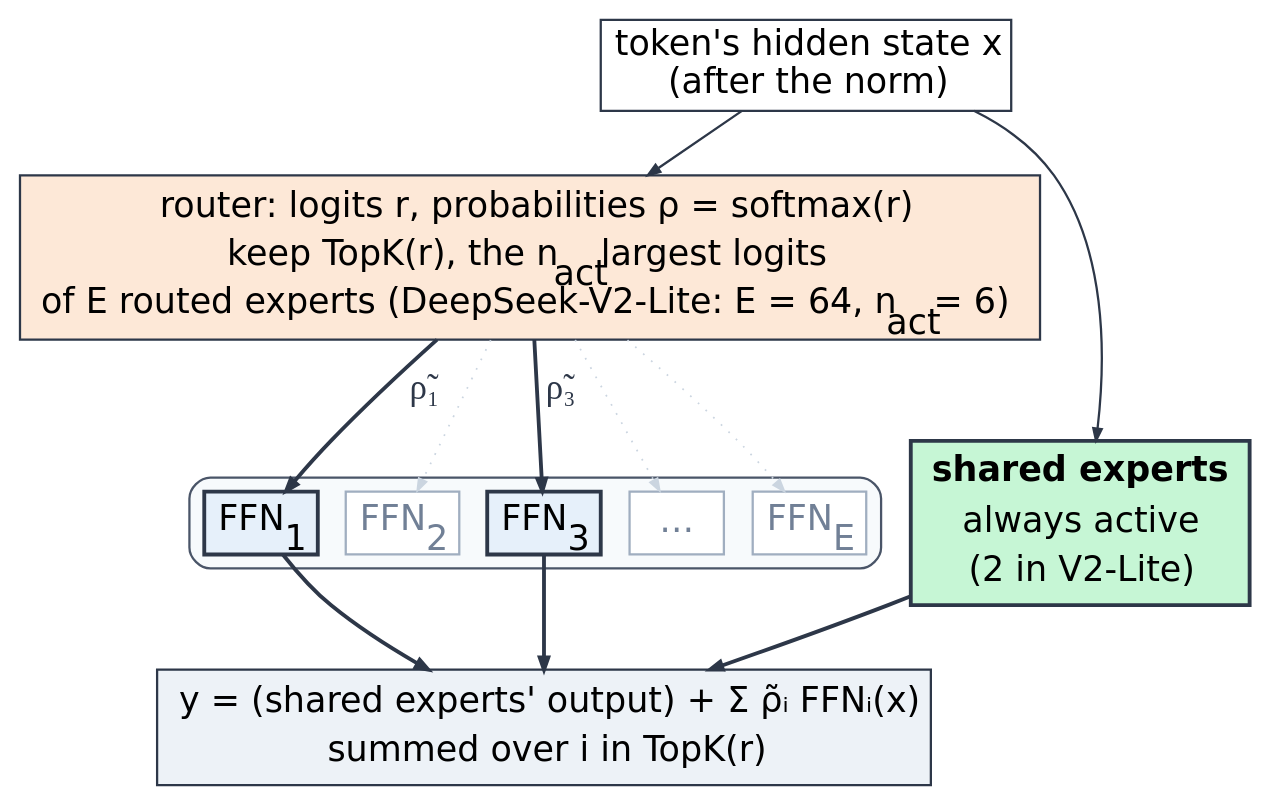
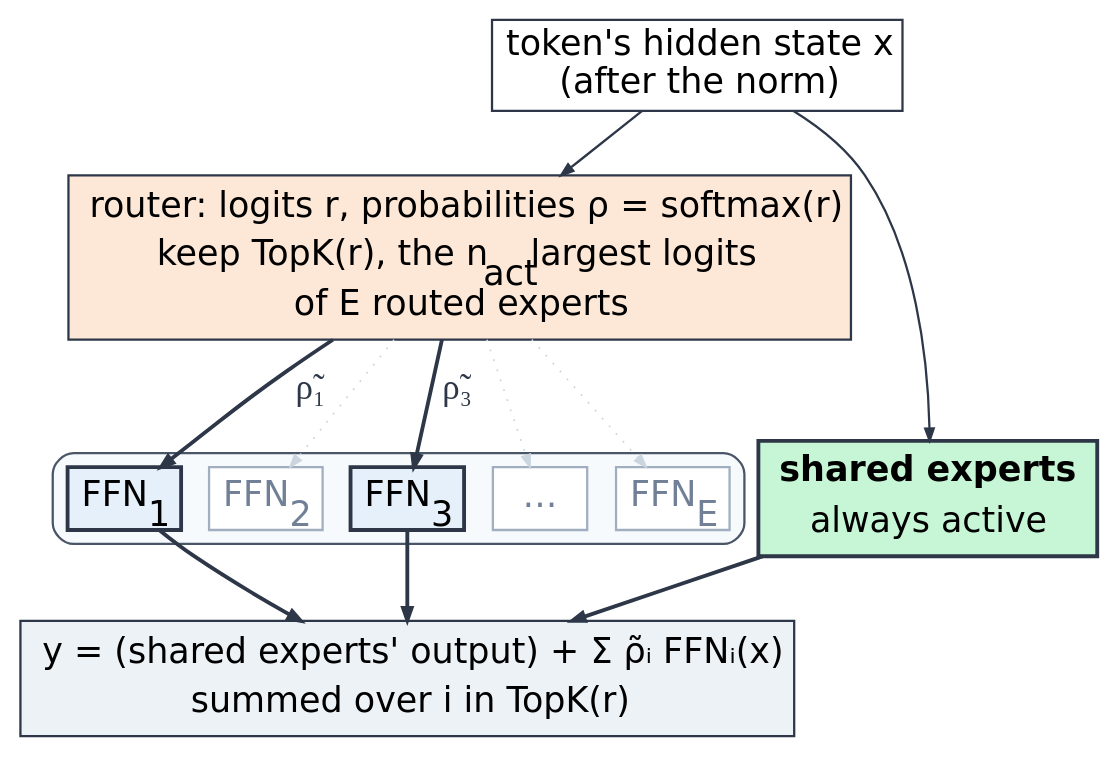
The diagram in chapters/06-architectures/figures/moe-layer.dot (Beaker12/llmatlas), drawn with Graphviz before and after one commit. The commit also changed 6 other files, not shown here.

Commit message:
Chapter 6: draw the MoE layer in the generic renormalized form, narrow the first caption, use exact Solution 2 figures, and keep new notation rows in the table

```diff
--- a/chapters/06-architectures/figures/moe-layer.dot
+++ b/chapters/06-architectures/figures/moe-layer.dot
@@ -1,33 +1,33 @@
 digraph moe_layer {
   ranksep=0.5; nodesep=0.22; newrank=true;
   graph [fontname="DejaVu Sans"];
   node [shape=box, style="filled", fontname="DejaVu Sans"];
   edge [arrowsize=0.7];
 
   x [label=<token's hidden state x<BR/>(after the norm)>, fillcolor="#ffffff", color="#2d3748", penwidth=1.3, fontsize=20];
-  router [label=<<TABLE BORDER="0" CELLSPACING="2"><TR><TD>router: logits r, probabilities ρ = softmax(r)</TD></TR><TR><TD>keep TopK(r), the n<SUB>act</SUB> largest logits</TD></TR><TR><TD>of E routed experts (DeepSeek-V2-Lite: E = 64, n<SUB>act</SUB> = 6)</TD></TR></TABLE>>, fillcolor="#fde8d7", color="#2d3748", penwidth=1.3, fontsize=20];
+  router [label=<<TABLE BORDER="0" CELLSPACING="2"><TR><TD>router: logits r, probabilities ρ = softmax(r)</TD></TR><TR><TD>keep TopK(r), the n<SUB>act</SUB> largest logits</TD></TR><TR><TD>of E routed experts</TD></TR></TABLE>>, fillcolor="#fde8d7", color="#2d3748", penwidth=1.3, fontsize=20];
 
   subgraph cluster_routed {
     style="rounded,filled"; fillcolor="#f7fafc"; color="#4a5568"; penwidth=1.3; label="";
     e1 [label=<FFN<SUB>1</SUB>>, fillcolor="#e6f0fa", color="#2d3748", penwidth=2.2, fontsize=20];
     e2 [label=<FFN<SUB>2</SUB>>, fillcolor="#ffffff", color="#a0aec0", fontcolor="#718096", penwidth=1.3, fontsize=20];
     e3 [label=<FFN<SUB>3</SUB>>, fillcolor="#e6f0fa", color="#2d3748", penwidth=2.2, fontsize=20];
     e4 [label="…", fillcolor="#ffffff", color="#a0aec0", fontcolor="#718096", penwidth=1.3, fontsize=20];
     eE [label=<FFN<SUB>E</SUB>>, fillcolor="#ffffff", color="#a0aec0", fontcolor="#718096", penwidth=1.3, fontsize=20];
   }
-  s1 [label=<<TABLE BORDER="0" CELLSPACING="2"><TR><TD><B>shared experts</B></TD></TR><TR><TD>always active</TD></TR><TR><TD>(2 in V2-Lite)</TD></TR></TABLE>>, fillcolor="#c6f6d5", color="#2d3748", penwidth=2.2, fontsize=20];
+  s1 [label=<<TABLE BORDER="0" CELLSPACING="2"><TR><TD><B>shared experts</B></TD></TR><TR><TD>always active</TD></TR></TABLE>>, fillcolor="#c6f6d5", color="#2d3748", penwidth=2.2, fontsize=20];
 
   y [label=<<TABLE BORDER="0" CELLSPACING="2"><TR><TD>y = (shared experts' output) + Σ ρ̃ᵢ FFNᵢ(x)</TD></TR><TR><TD>summed over i in TopK(r)</TD></TR></TABLE>>, fillcolor="#edf2f7", color="#2d3748", penwidth=1.3, fontsize=20];
 
   x -> router [color="#2d3748", penwidth=1.3];
   router -> e1 [label=" ρ̃₁", fontsize=20, fontcolor="#2d3748", color="#2d3748", penwidth=2.2];
   router -> e3 [label=" ρ̃₃", fontsize=20, fontcolor="#2d3748", color="#2d3748", penwidth=2.2];
   router -> e2 [color="#cbd5e0", style=dotted];
   router -> e4 [color="#cbd5e0", style=dotted];
   router -> eE [color="#cbd5e0", style=dotted];
   x -> s1 [color="#2d3748", penwidth=1.3];
   e1 -> y [color="#2d3748", penwidth=2.2];
   e3 -> y [color="#2d3748", penwidth=2.2];
   s1 -> y [color="#2d3748", penwidth=2.2];
   { rank=same; e1; e2; e3; e4; eE; s1; }
 }
```
